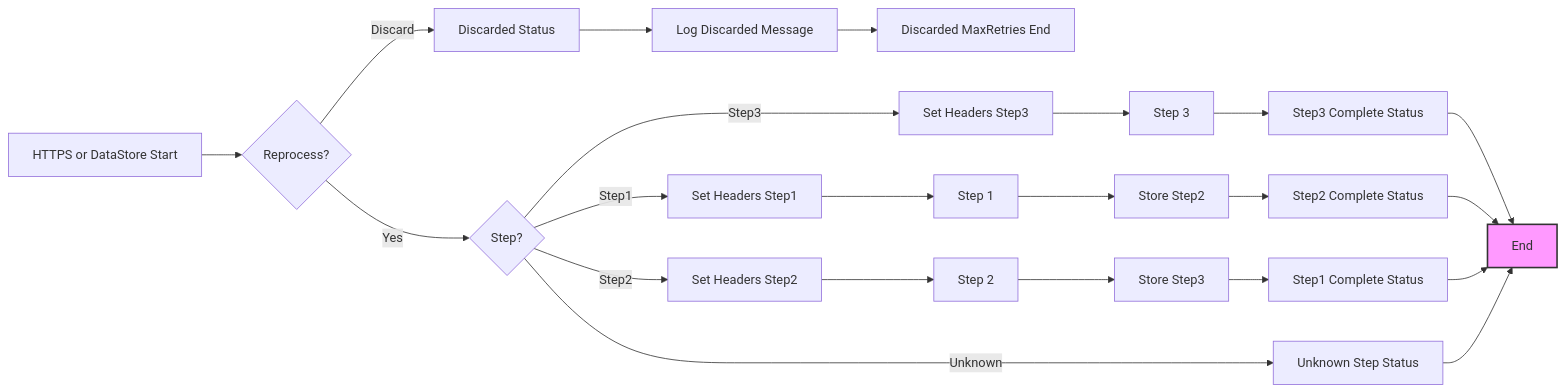
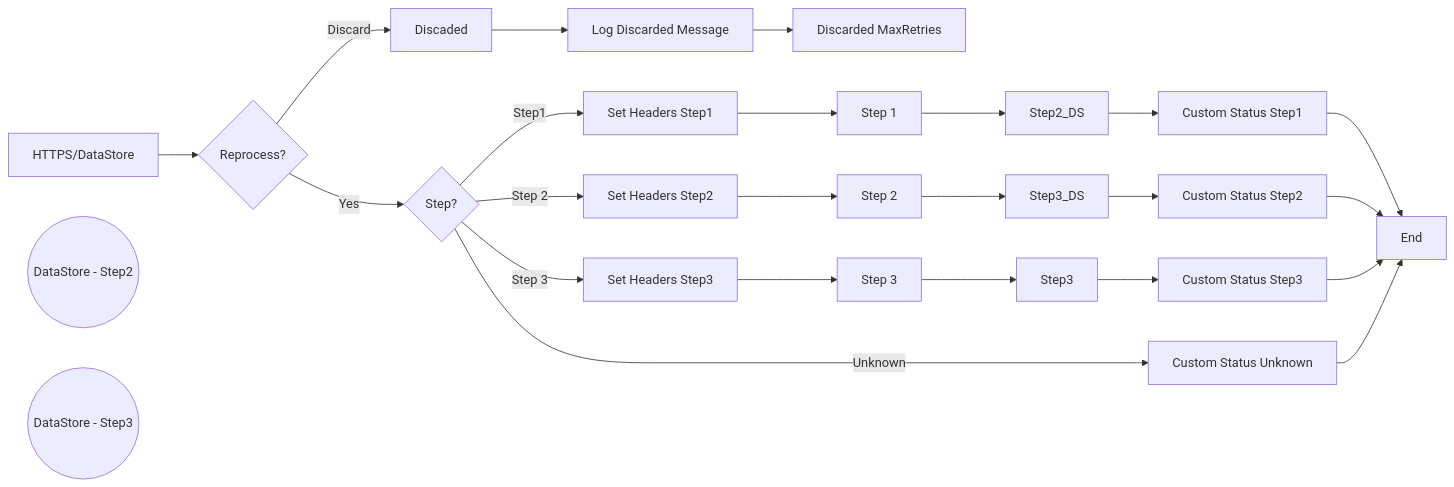
One commit to Avvale-IA-CICD/AvvaleCPI changed the diagram in MMZ - Templates/SEDA_Model_-_Single_DS_-_Restart_and_Discard-1.0.0/readme.md. Above: the diagram before and after it, drawn with Mermaid. The commit also changed other lines of this file, not shown here.

Commit message:
Add/update documentation for SEDA_Model_-_Single_DS_-_Restart_and_Discard v1.0.0

````diff
--- a/MMZ - Templates/SEDA_Model_-_Single_DS_-_Restart_and_Discard-1.0.0/readme.md
+++ b/MMZ - Templates/SEDA_Model_-_Single_DS_-_Restart_and_Discard-1.0.0/readme.md
@@ -4,25 +5,27 @@
 ```mermaid
 graph LR
-    A[HTTPS or DataStore Start] --> B{Reprocess?}
-    B -- Yes --> C{Step?}
-    B -- Discard --> D[Discarded Status]
-    D --> E[Log Discarded Message]
-    E --> F[Discarded MaxRetries End]
-    C -- Step1 --> G[Set Headers Step1]
-    C -- Step2 --> H[Set Headers Step2]
-    C -- Step3 --> I[Set Headers Step3]
-    C -- Unknown --> J[Unknown Step Status]
-    G --> K[Step 1]
-    H --> L[Step 2]
-    I --> M[Step 3]
-    K --> N[Store Step2]
-    L --> O[Store Step3]
-    M --> P[Step3 Complete Status]
-    N --> Q[Step2 Complete Status]
-    O --> R[Step1 Complete Status]
-    P --> S[End]
-    Q --> S
-    R --> S
-    J --> S
-    style S fill:#f9f,stroke:#333,stroke-width:2px
+    A[HTTPS/DataStore] --> B{Reprocess?};
+    B -- Yes --> C{Step?};
+    B -- Discard --> D[Discaded];
+    D --> E[Log Discarded Message];
+    E --> F[Discarded MaxRetries];
+    C -- Step1 --> G[Set Headers Step1];
+    C -- Step 2 --> H[Set Headers Step2];
+    C -- Step 3 --> I[Set Headers Step3];
+    C -- Unknown --> J[Custom Status Unknown];
+    G --> K[Step 1];
+    H --> L[Step 2];
+    I --> M[Step 3];
+    K --> N[Step2_DS];
+    L --> O[Step3_DS];
+    M --> P[Step3];
+    N --> Q[Custom Status Step1];
+    O --> R[Custom Status Step2];
+    P --> S[Custom Status Step3];
+    Q --> T[End];
+    R --> T;
+    S --> T;
+    J --> T;
+    Step2_DS((DataStore - Step2));
+    Step3_DS((DataStore - Step3));
 ```
````
